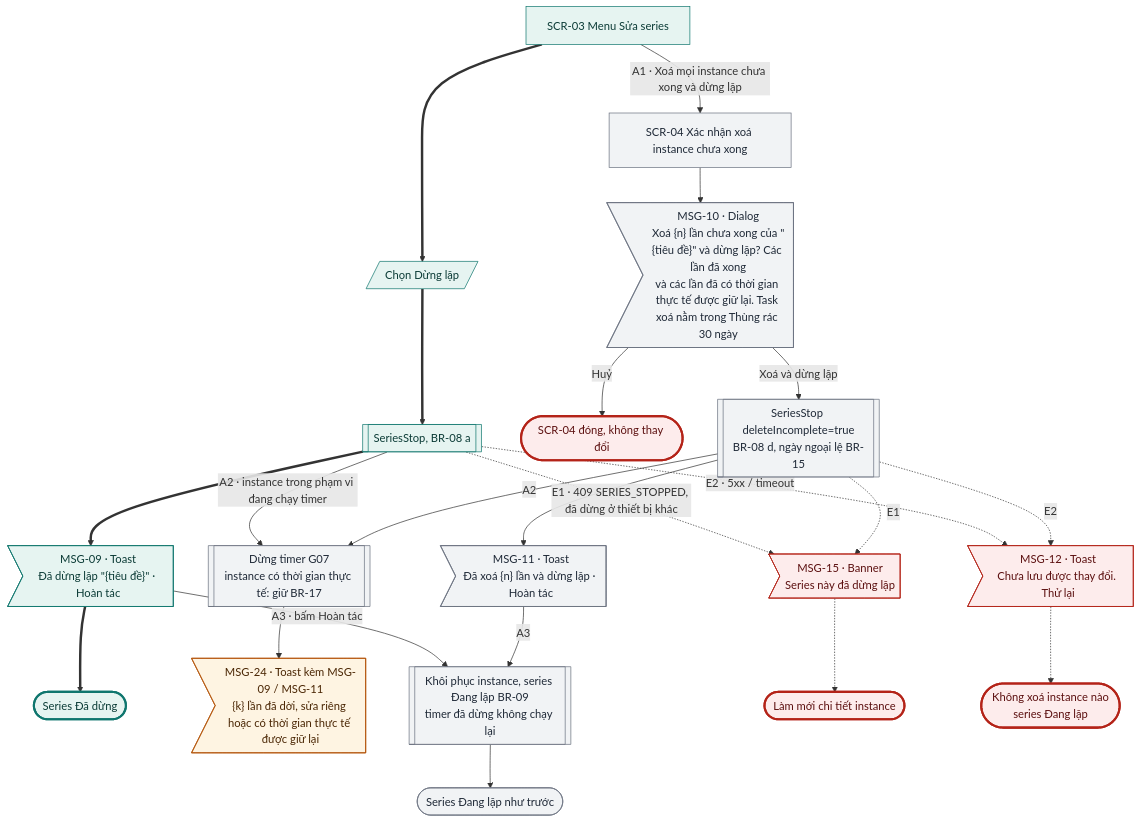
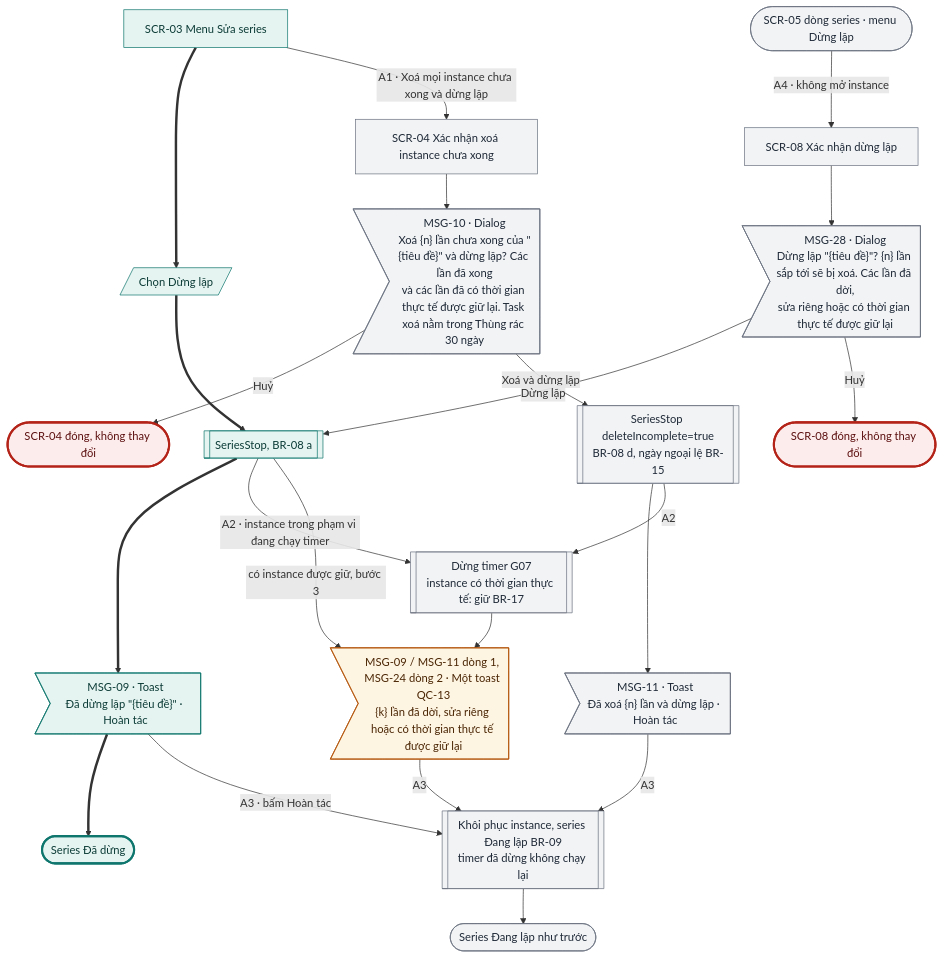
One commit to tannguyenho/personal-app changed diagram 13 of 19 in docs/design-brief/flow/g03-task-lap-lai.md. Above: the diagram before and after it, drawn with Mermaid. The commit also changed other lines of this file and 5 other files, not shown here.

First line of the commit message:
docs(G03, G06): áp quyết định PO 09/11 vào SRS, PRD, flow

````diff
--- a/docs/design-brief/flow/g03-task-lap-lai.md
+++ b/docs/design-brief/flow/g03-task-lap-lai.md
@@ -524,44 +534,42 @@
 ```mermaid
 flowchart TD
   s1["SCR-03 Menu Sửa series"]
   u1[/"Chọn Dừng lặp"/]
   p1[["SeriesStop, BR-08 a"]]
   m1>"MSG-09 · Toast<br/>Đã dừng lặp #quot;{tiêu đề}#quot; · Hoàn tác"]
   ok(["Series Đã dừng"])
   s1 ==> u1 ==> p1 ==> m1 ==> ok
 
   s1 -->|"A1 · Xoá mọi instance chưa xong và dừng lặp"| a1["SCR-04 Xác nhận xoá instance chưa xong"]
   a1 --> a1m>"MSG-10 · Dialog<br/>Xoá {n} lần chưa xong của #quot;{tiêu đề}#quot; và dừng lặp? Các lần đã xong<br/>và các lần đã có thời gian thực tế được giữ lại. Task xoá nằm trong Thùng rác 30 ngày"]
   a1m -->|"Huỷ"| a1c(["SCR-04 đóng, không thay đổi"])
   a1m -->|"Xoá và dừng lặp"| a1p[["SeriesStop deleteIncomplete=true<br/>BR-08 d, ngày ngoại lệ BR-15"]]
   a1p --> a1t>"MSG-11 · Toast<br/>Đã xoá {n} lần và dừng lặp · Hoàn tác"]
   p1 -->|"A2 · instance trong phạm vi đang chạy timer"| a2[["Dừng timer G07<br/>instance có thời gian thực tế: giữ BR-17"]]
   a1p -->|"A2"| a2
-  a2 --> a2m>"MSG-24 · Toast kèm MSG-09 / MSG-11<br/>{k} lần đã dời, sửa riêng hoặc có thời gian thực tế được giữ lại"]
+  a2 --> a2m>"MSG-09 / MSG-11 dòng 1, MSG-24 dòng 2 · Một toast QC-13<br/>{k} lần đã dời, sửa riêng hoặc có thời gian thực tế được giữ lại"]
+  p1 -->|"có instance được giữ, bước 3"| a2m
   m1 -->|"A3 · bấm Hoàn tác"| a3[["Khôi phục instance, series Đang lặp BR-09<br/>timer đã dừng không chạy lại"]]
   a1t -->|"A3"| a3
+  a2m -->|"A3"| a3
   a3 --> a3e(["Series Đang lặp như trước"])
-
-  p1 -.->|"E1 · 409 SERIES_STOPPED, đã dừng ở thiết bị khác"| e1m>"MSG-15 · Banner<br/>Series này đã dừng lặp"]
-  a1p -.->|"E1"| e1m
-  e1m -.-> e1(["Làm mới chi tiết instance"])
-  p1 -.->|"E2 · 5xx / timeout"| e2m>"MSG-12 · Toast<br/>Chưa lưu được thay đổi. Thử lại"]
-  a1p -.->|"E2"| e2m
-  e2m -.-> e2(["Không xoá instance nào<br/>series Đang lặp"])
+  a4s(["SCR-05 dòng series · menu Dừng lặp"]) -->|"A4 · không mở instance"| a4["SCR-08 Xác nhận dừng lặp"]
+  a4 --> a4m>"MSG-28 · Dialog<br/>Dừng lặp #quot;{tiêu đề}#quot;? {n} lần sắp tới sẽ bị xoá. Các lần đã dời,<br/>sửa riêng hoặc có thời gian thực tế được giữ lại"]
+  a4m -->|"Dừng lặp"| p1
+  a4m -->|"Huỷ"| a4c(["SCR-08 đóng, không thay đổi"])
 
   class s1,u1,p1,m1 happy
-  class a1,a1m,a1p,a1t,a2,a3,a3e alt
+  class a1,a1m,a1p,a1t,a2,a3,a3e,a4s,a4,a4m alt
   class a2m warn
-  class e1m,e2m err
   class ok done
-  class a1c,e1,e2 fail
+  class a1c,a4c fail
   classDef happy fill:#E6F4F1,stroke:#0F766E,color:#0B3B36
   classDef alt fill:#F1F3F5,stroke:#6B7280,color:#1F2937
   classDef err fill:#FDECEC,stroke:#B42318,color:#5C1010
   classDef warn fill:#FEF4E2,stroke:#B45309,color:#4A2604
   classDef ai fill:#F1ECFD,stroke:#6D28D9,color:#2E1065
   classDef sync fill:#FFFFFF,stroke:#6B7280,stroke-dasharray:4 3,color:#1F2937
   classDef link fill:#FFFFFF,stroke:#0F766E,stroke-dasharray:4 3,color:#0B3B36
   classDef done fill:#E6F4F1,stroke:#0F766E,stroke-width:3px,color:#0B3B36
   classDef fail fill:#FDECEC,stroke:#B42318,stroke-width:3px,color:#5C1010
 ```
````
